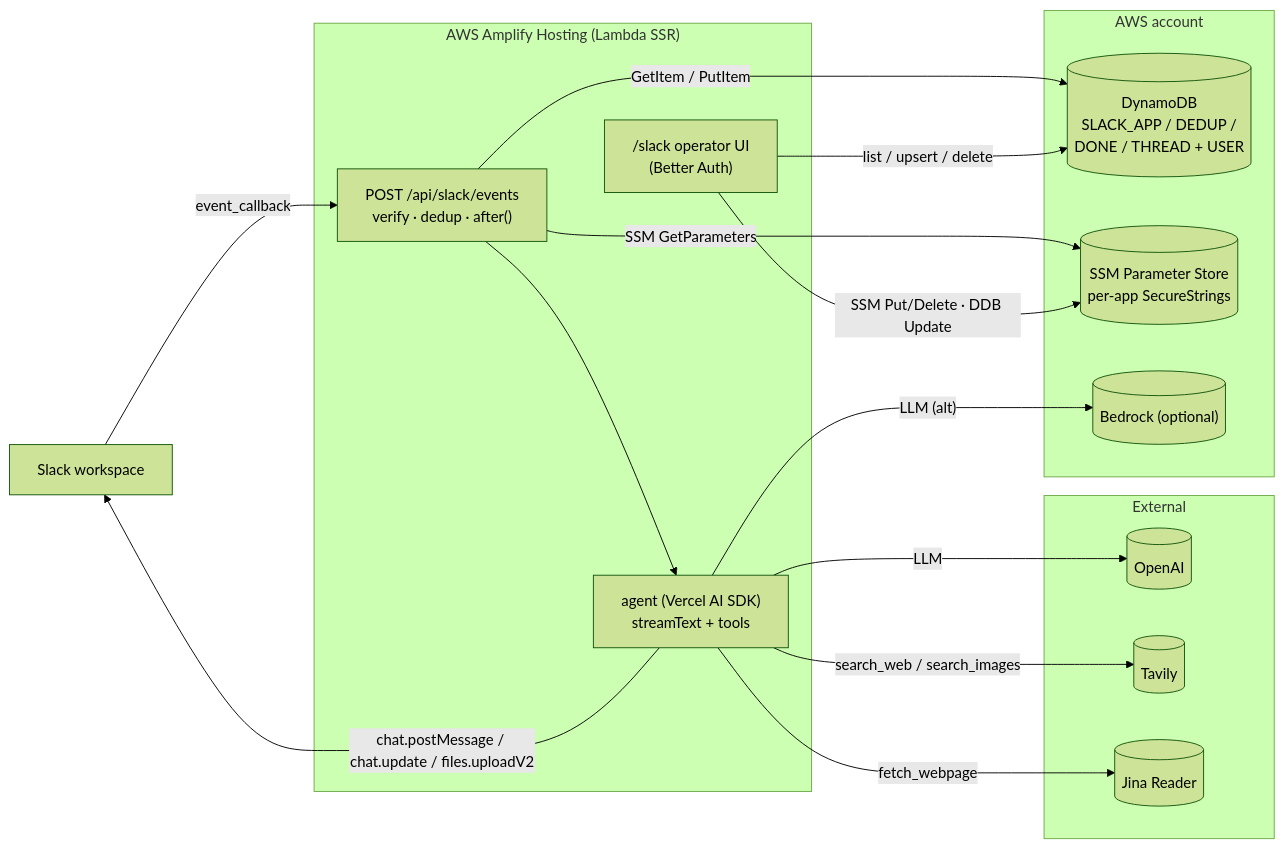
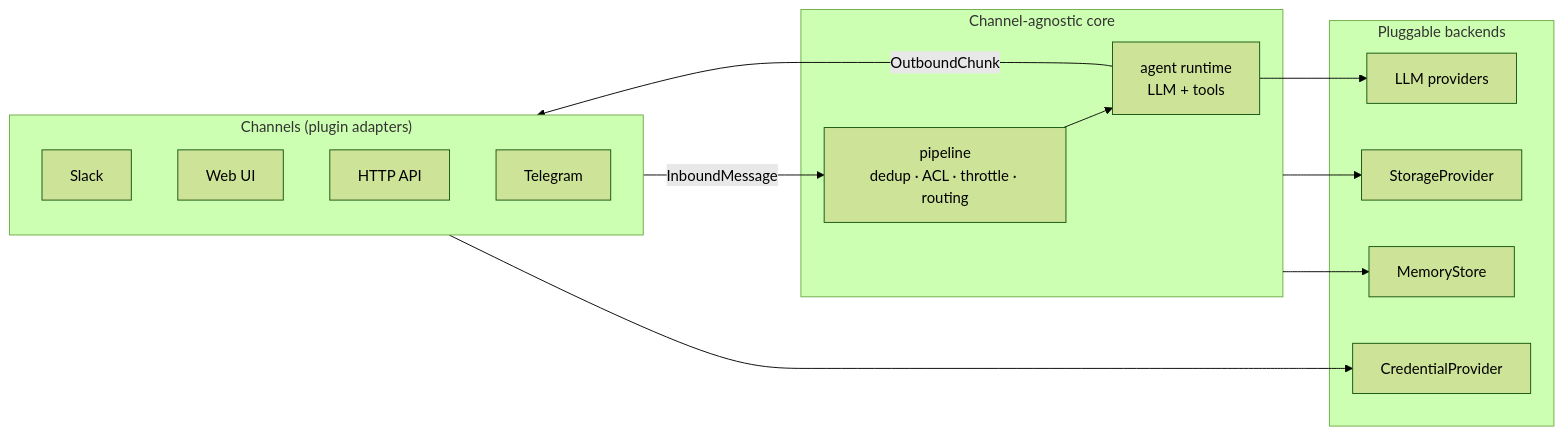
Before and after one commit to nalbam/nalbam-agent: the diagram in README.md, drawn with Mermaid (forest theme). The commit also changed other lines of this file and 9 other files, not shown here.

````diff
--- a/README.md
+++ b/README.md
@@ -11,31 +16,26 @@
 ```mermaid
 flowchart LR
-  SLACK["Slack workspace"]
-  subgraph Amplify["AWS Amplify Hosting (Lambda SSR)"]
-    ROUTE["POST /api/slack/events<br/>verify · dedup · after()"]
-    AGENT["agent (Vercel AI SDK)<br/>streamText + tools"]
-    UI["/slack operator UI<br/>(Better Auth)"]
-    ROUTE --> AGENT
+  subgraph CH["Channels (plugin adapters)"]
+    SLACK["Slack"]
+    WEB["Web UI"]
+    API["HTTP API"]
+    TG["Telegram"]
   end
-  subgraph AWS["AWS account"]
-    DDB[("DynamoDB<br/>SLACK_APP / DEDUP /<br/>DONE / THREAD + USER")]
-    SSM[("SSM Parameter Store<br/>per-app SecureStrings")]
-    BR[("Bedrock (optional)")]
+  subgraph CORE["Channel-agnostic core"]
+    GW["pipeline<br/>dedup · ACL · throttle · routing"]
+    AGENT["agent runtime<br/>LLM + tools"]
+    GW --> AGENT
   end
-  subgraph EXT["External"]
-    OPENAI[("OpenAI")]
-    TAVILY[("Tavily")]
-    JINA[("Jina Reader")]
+  subgraph PLUG["Pluggable backends"]
+    LLM["LLM providers"]
+    STORE["StorageProvider"]
+    MEM["MemoryStore"]
+    CRED["CredentialProvider"]
   end
-
-  SLACK -- "event_callback" --> ROUTE
-  ROUTE -- "SSM GetParameters" --> SSM
-  ROUTE -- "GetItem / PutItem" --> DDB
-  AGENT -- "chat.postMessage / chat.update / files.uploadV2" --> SLACK
-  AGENT -- "LLM" --> OPENAI
-  AGENT -- "LLM (alt)" --> BR
-  AGENT -- "search_web / search_images" --> TAVILY
-  AGENT -- "fetch_webpage" --> JINA
-  UI -- "SSM Put/Delete · DDB Update" --> SSM
-  UI -- "list / upsert / delete" --> DDB
+  CH -- "InboundMessage" --> GW
+  AGENT -- "OutboundChunk" --> CH
+  AGENT --> LLM
+  CORE --> STORE
+  CORE --> MEM
+  CH --> CRED
 ```
````
